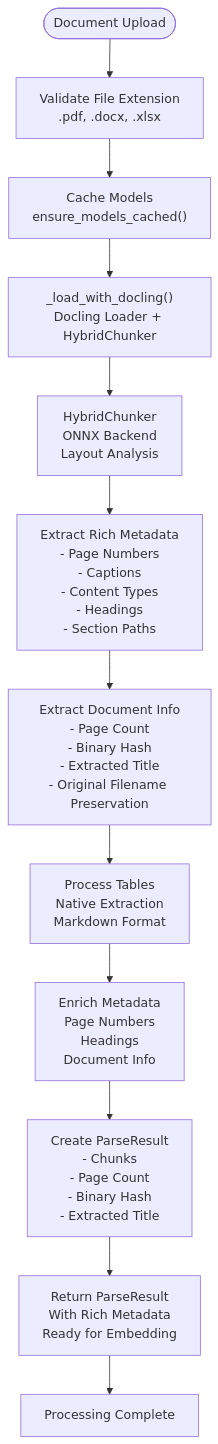
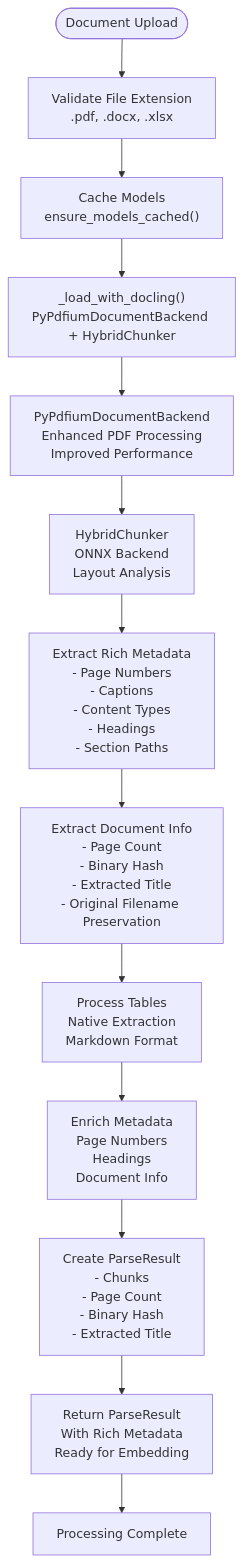
One commit to ognelis/cafetera_hr_bot changed the fourth of 14 diagrams in .qoder/repowiki/en/content/RAG Integration/RAG Parser Enhancement.md. Above: the diagram before and after it, drawn with Mermaid. The commit also changed other lines of this file and 12 other files, not shown here.

````diff
--- a/.qoder/repowiki/en/content/RAG Integration/RAG Parser Enhancement.md
+++ b/.qoder/repowiki/en/content/RAG Integration/RAG Parser Enhancement.md
@@ -327,14 +329,15 @@
 ```mermaid
 flowchart TD
 Start(["Document Upload"]) --> Validate["Validate File Extension<br/>.pdf, .docx, .xlsx"]
 Validate --> CacheModels["Cache Models<br/>ensure_models_cached()"]
-CacheModels --> LoadDocling["_load_with_docling()<br/>Docling Loader + HybridChunker"]
-LoadDocling --> HybridChunker["HybridChunker<br/>ONNX Backend<br/>Layout Analysis"]
+CacheModels --> LoadDocling["_load_with_docling()<br/>PyPdfiumDocumentBackend + HybridChunker"]
+LoadDocling --> PyPdfiumBackend["PyPdfiumDocumentBackend<br/>Enhanced PDF Processing<br/>Improved Performance"]
+PyPdfiumBackend --> HybridChunker["HybridChunker<br/>ONNX Backend<br/>Layout Analysis"]
 HybridChunker --> ExtractMetadata["Extract Rich Metadata<br/>- Page Numbers<br/>- Captions<br/>- Content Types<br/>- Headings<br/>- Section Paths"]
 ExtractMetadata --> ExtractDocumentInfo["Extract Document Info<br/>- Page Count<br/>- Binary Hash<br/>- Extracted Title<br/>- Original Filename Preservation"]
 ExtractDocumentInfo --> ProcessTables["Process Tables<br/>Native Extraction<br/>Markdown Format"]
 ProcessTables --> EnrichMetadata["Enrich Metadata<br/>Page Numbers<br/>Headings<br/>Document Info"]
 EnrichMetadata --> CreateParseResult["Create ParseResult<br/>- Chunks<br/>- Page Count<br/>- Binary Hash<br/>- Extracted Title"]
 CreateParseResult --> ReturnParseResult["Return ParseResult<br/>With Rich Metadata<br/>Ready for Embedding"]
 ReturnParseResult --> Complete["Processing Complete"]
 ```
````
